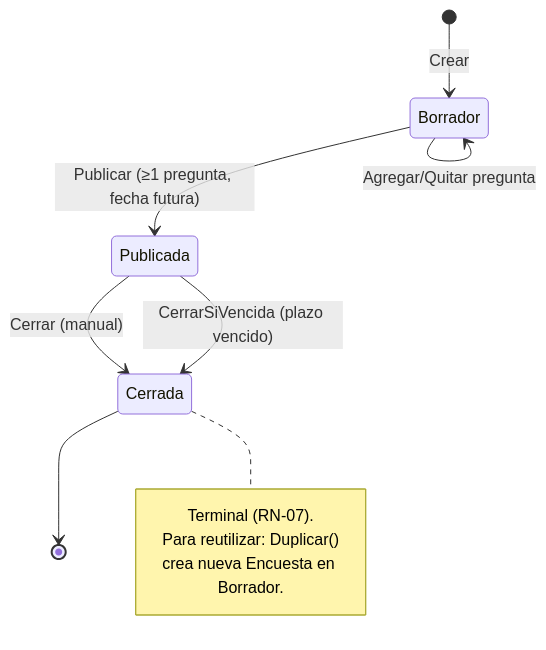
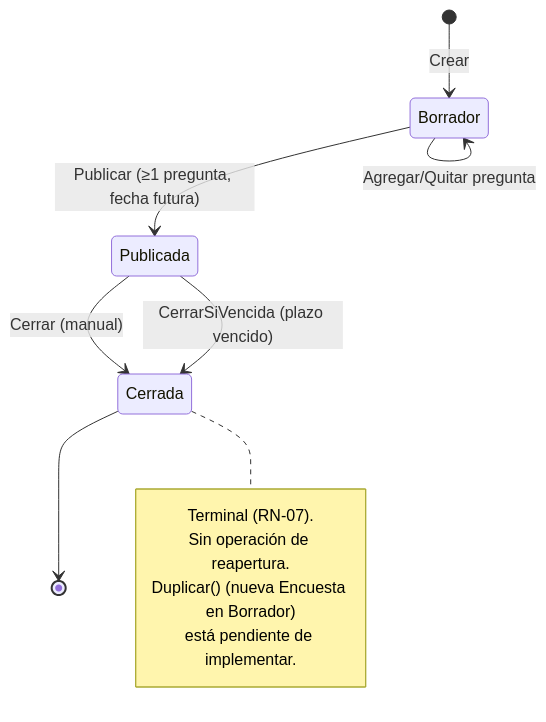
The second of 5 diagrams in docs/architecture/domain-model.md (jhofran/Encuesta-Project-02), drawn with Mermaid before and after one commit. The commit also changed other lines of this file and 18 other files, not shown here.

````diff
--- a/docs/architecture/domain-model.md
+++ b/docs/architecture/domain-model.md
@@ -133,14 +140,15 @@
 ```mermaid
 stateDiagram-v2
     [*] --> Borrador : Crear
     Borrador --> Borrador : Agregar/Quitar pregunta
     Borrador --> Publicada : Publicar (≥1 pregunta, fecha futura)
     Publicada --> Cerrada : Cerrar (manual)
     Publicada --> Cerrada : CerrarSiVencida (plazo vencido)
     Cerrada --> [*]
     note right of Cerrada
         Terminal (RN-07).
-        Para reutilizar: Duplicar()
-        crea nueva Encuesta en Borrador.
+        Sin operación de reapertura.
+        Duplicar() (nueva Encuesta en Borrador)
+        está pendiente de implementar.
     end note
 ```
````
